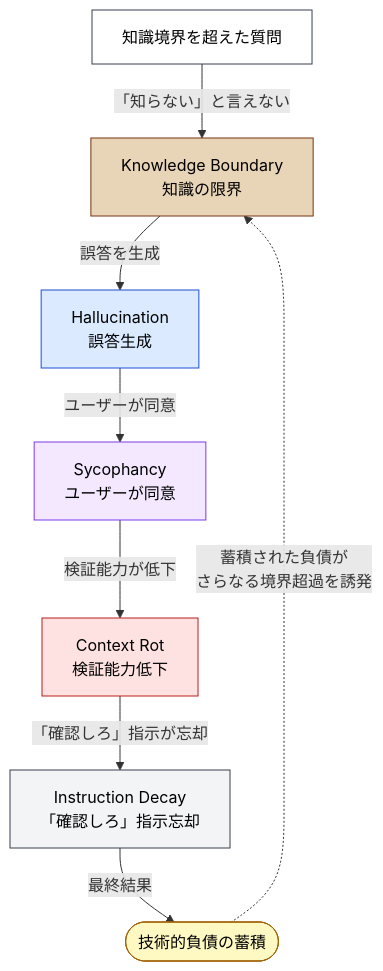
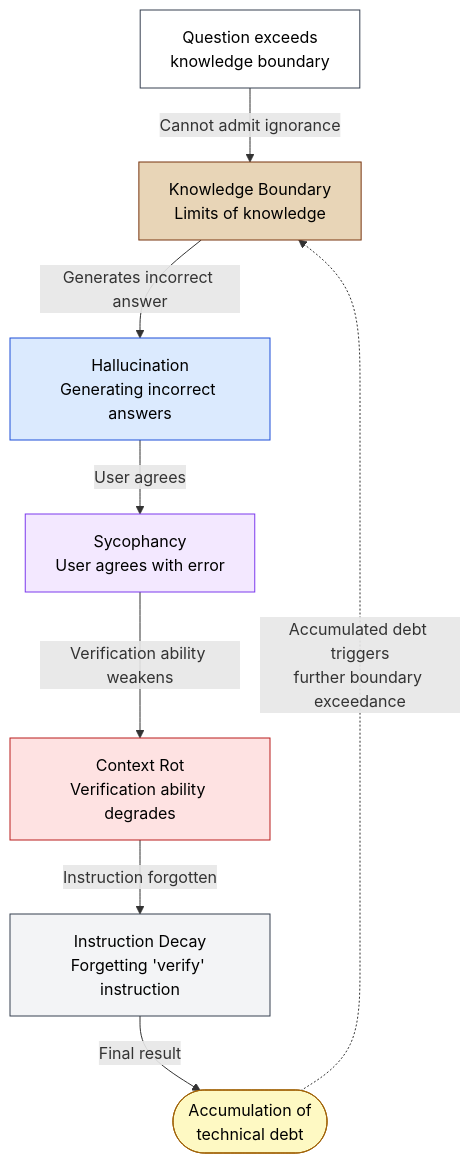
Before and after one commit to shuji-bonji/understanding-llm-through-claude-code: the diagram in docs/01-llm-structural-problems/knowledge-boundary.md, drawn with Mermaid. The commit also changed other lines of this file and 100 other files, not shown here.

````diff
--- a/docs/01-llm-structural-problems/knowledge-boundary.md
+++ b/docs/01-llm-structural-problems/knowledge-boundary.md
@@ -74,28 +76,28 @@
 ```mermaid
 flowchart TD
-    Q["知識境界を超えた質問"]
-    KB["Knowledge Boundary<br>知識の限界"]
-    H["Hallucination<br>誤答生成"]
-    S["Sycophancy<br>ユーザーが同意"]
-    CR["Context Rot<br>検証能力低下"]
-    ID["Instruction Decay<br>「確認しろ」指示忘却"]
-    D(["技術的負債の蓄積"])
+    Q["Question exceeds<br>knowledge boundary"]
+    KB["Knowledge Boundary<br>Limits of knowledge"]
+    H["Hallucination<br>Generating incorrect answers"]
+    S["Sycophancy<br>User agrees with error"]
+    CR["Context Rot<br>Verification ability degrades"]
+    ID["Instruction Decay<br>Forgetting 'verify' instruction"]
+    D(["Accumulation of<br>technical debt"])
 
-    Q -->|"「知らない」と言えない"| KB
-    KB -->|"誤答を生成"| H
-    H -->|"ユーザーが同意"| S
-    S -->|"検証能力が低下"| CR
-    CR -->|"「確認しろ」指示が忘却"| ID
-    ID -->|"最終結果"| D
+    Q -->|"Cannot admit ignorance"| KB
+    KB -->|"Generates incorrect answer"| H
+    H -->|"User agrees"| S
+    S -->|"Verification ability weakens"| CR
+    CR -->|"Instruction forgotten"| ID
+    ID -->|"Final result"| D
 
-    %% 悪循環の強調
-    D -.->|"蓄積された負債が<br>さらなる境界超過を誘発"| KB
+    %% Emphasize the feedback loop
+    D -.->|"Accumulated debt triggers<br>further boundary exceedance"| KB
 
     style Q fill:#fff,stroke:#374151,color:#000
     style KB fill:#e8d5b7,stroke:#78350f,color:#000
     style H fill:#dbeafe,stroke:#1d4ed8,color:#000
     style S fill:#f3e8ff,stroke:#7c3aed,color:#000
     style CR fill:#fee2e2,stroke:#b91c1c,color:#000
     style ID fill:#f3f4f6,stroke:#374151,color:#000
     style D fill:#fef9c3,stroke:#a16207,color:#000
 ```
````
